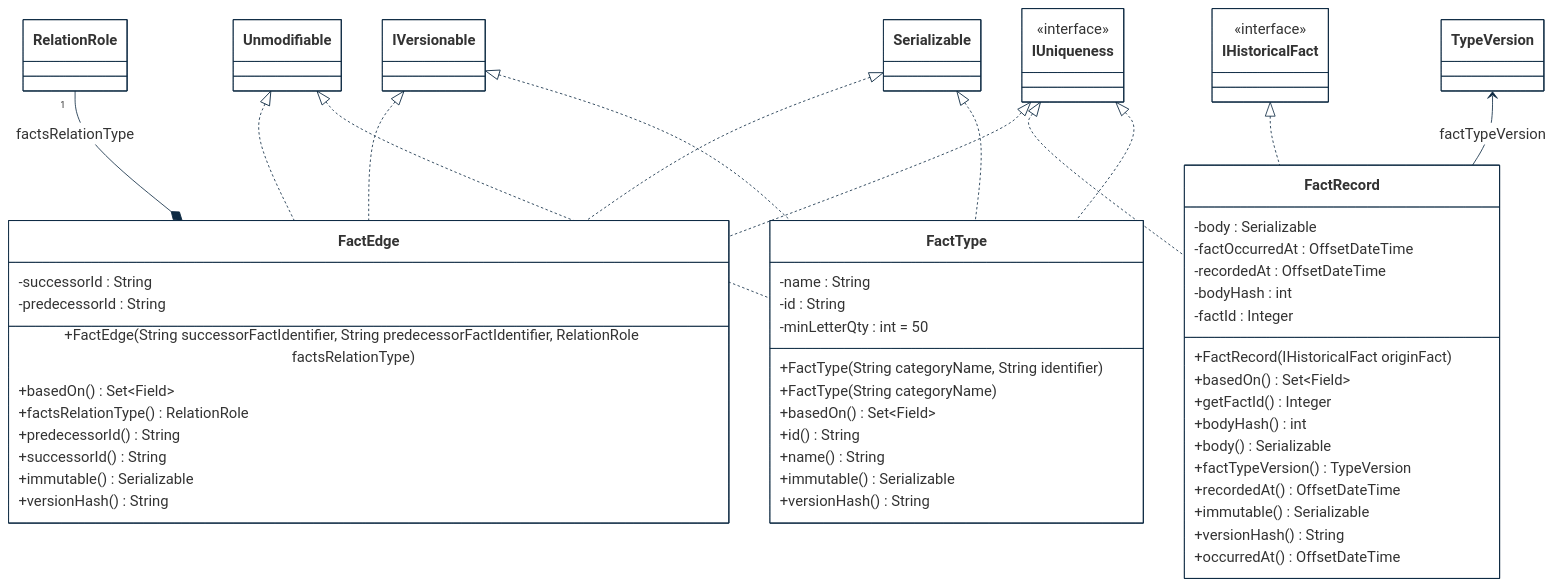
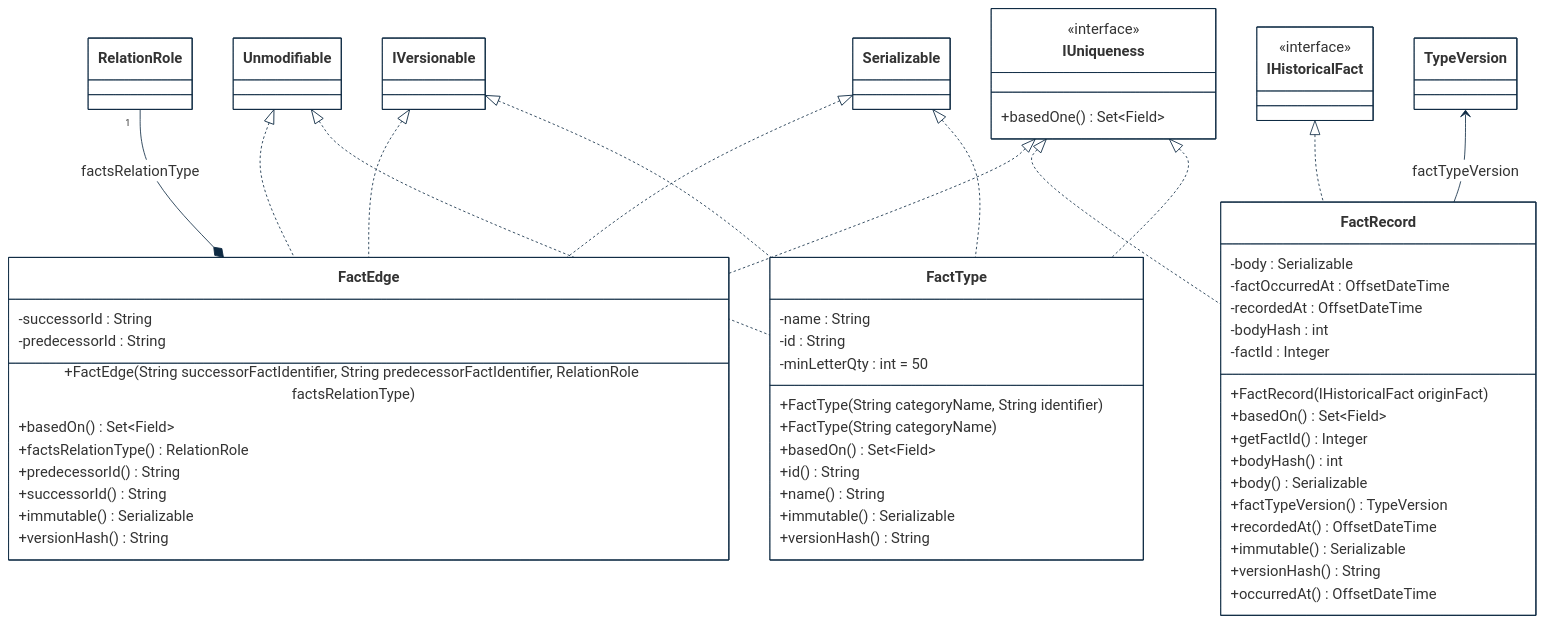
The first of 4 diagrams in implementations-line/framework/immutable/designview-packages.md (cybnity/foundation), drawn with Mermaid before and after one commit. The commit also changed other lines of this file and 1 other file, not shown here.

````diff
--- a/implementations-line/framework/immutable/designview-packages.md
+++ b/implementations-line/framework/immutable/designview-packages.md
@@ -15,82 +22,83 @@
 ```mermaid
 %%{
   init: {
     'theme': 'base',
     'themeVariables': {
         'background': '#ffffff',
         'fontFamily': 'arial',
         'fontSize': '18px',
         'primaryColor': '#fff',
         'primaryBorderColor': '#0e2a43',
         'secondaryBorderColor': '#0e2a43',
         'tertiaryBorderColor': '#0e2a43',
         'edgeLabelBackground':'#0e2a43',
         'lineColor': '#0e2a43',
         'tertiaryColor': '#fff'
     }
   }
 }%%
 classDiagram
     Unmodifiable <|.. FactEdge
     Unmodifiable <|.. FactType
     IVersionable <|.. FactEdge
     IVersionable <|.. FactType
     RelationRole "1" --* FactEdge : factsRelationType
     IHistoricalFact <|.. FactRecord
     IUniqueness <|.. FactEdge
     IUniqueness <|.. FactRecord
     IUniqueness <|.. FactType
     Serializable <|.. FactEdge
     Serializable <|.. FactType
     TypeVersion <-- FactRecord : factTypeVersion
 
     class FactType {
         -name : String
         -id : String
         -minLetterQty : int = 50
         +FactType(String categoryName, String identifier)
         +FactType(String categoryName)
         +basedOn() Set~Field~
         +id() String
         +name() String
         +immutable() Serializable
         +versionHash() String
     }
     class IHistoricalFact {
         <<interface>>
     }
     class IUniqueness {
         <<interface>>
+        +basedOne() Set~Field~
     }
     class RelationRole {
     }
     class FactEdge {
         -successorId : String
         -predecessorId : String
         +FactEdge(String successorFactIdentifier, String predecessorFactIdentifier, RelationRole factsRelationType)
         +basedOn() Set~Field~
         +factsRelationType() RelationRole
         +predecessorId() String
         +successorId() String
         +immutable() Serializable
         +versionHash() String
     }
     class FactRecord {
         -body : Serializable
         -factOccurredAt : OffsetDateTime
         -recordedAt : OffsetDateTime
         -bodyHash : int
         -factId : Integer
         +FactRecord(IHistoricalFact originFact)
         +basedOn() Set~Field~
         +getFactId() Integer
         +bodyHash() int
         +body() Serializable
         +factTypeVersion() TypeVersion
         +recordedAt() OffsetDateTime
         +immutable() Serializable
         +versionHash() String
         +occurredAt() OffsetDateTime
     }
 
 ```
````
